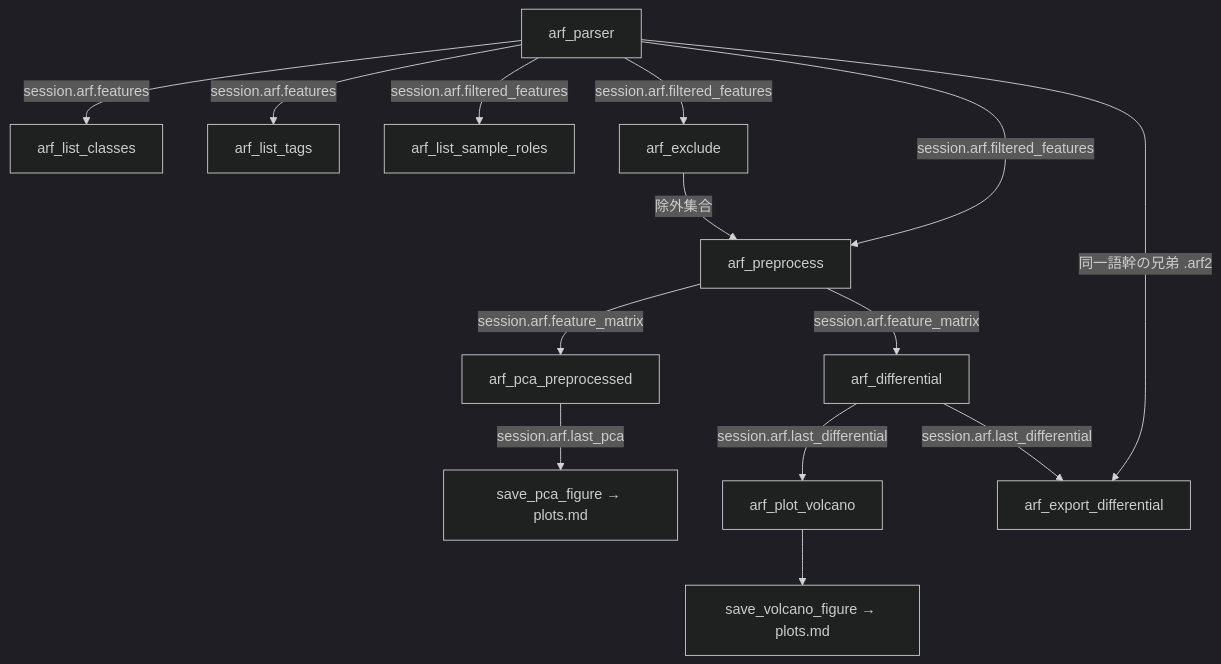
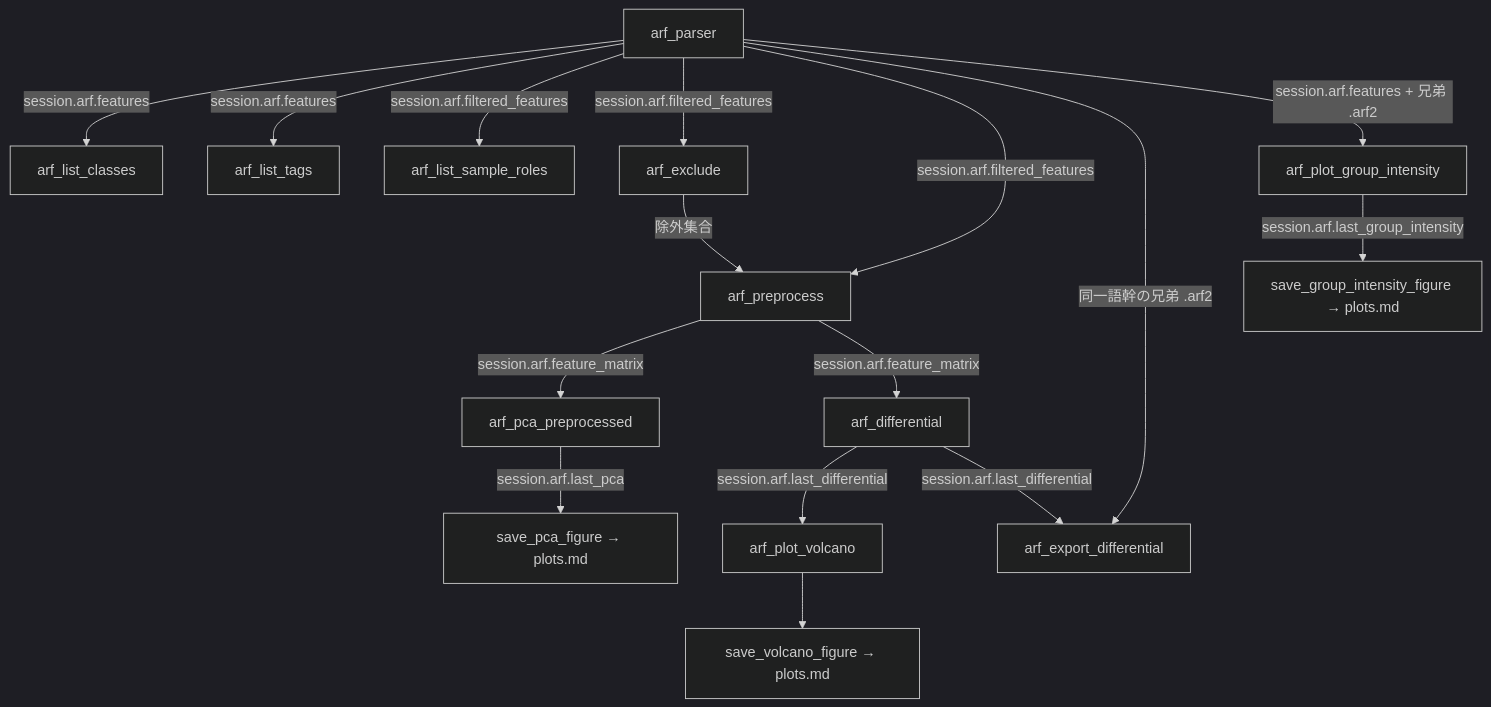
The diagram in docs/workflow/arf.md (systemsomicslab/Metabolomix_with_LLM), drawn with Mermaid (dark theme) before and after one commit. The commit also changed other lines of this file and 4 other files, not shown here.

````diff
--- a/docs/workflow/arf.md
+++ b/docs/workflow/arf.md
@@ -7,16 +7,18 @@
 ```mermaid
 flowchart TD
     P[arf_parser] -->|session.arf.features| LC[arf_list_classes]
     P -->|session.arf.features| LT[arf_list_tags]
     P -->|session.arf.filtered_features| LR[arf_list_sample_roles]
     P -->|session.arf.filtered_features| EX[arf_exclude]
     EX -->|除外集合| PP[arf_preprocess]
     P -->|session.arf.filtered_features| PP
     PP -->|session.arf.feature_matrix| PCA[arf_pca_preprocessed]
     PP -->|session.arf.feature_matrix| DIFF[arf_differential]
     DIFF -->|session.arf.last_differential| VOL[arf_plot_volcano]
     DIFF -->|session.arf.last_differential| EXPORT[arf_export_differential]
     P -->|同一語幹の兄弟 .arf2| EXPORT
     PCA -->|session.arf.last_pca| SPF[save_pca_figure → plots.md]
     VOL --> SVF[save_volcano_figure → plots.md]
+    P -->|session.arf.features + 兄弟 .arf2| GI[arf_plot_group_intensity]
+    GI -->|session.arf.last_group_intensity| SGI[save_group_intensity_figure → plots.md]
 ```
````
